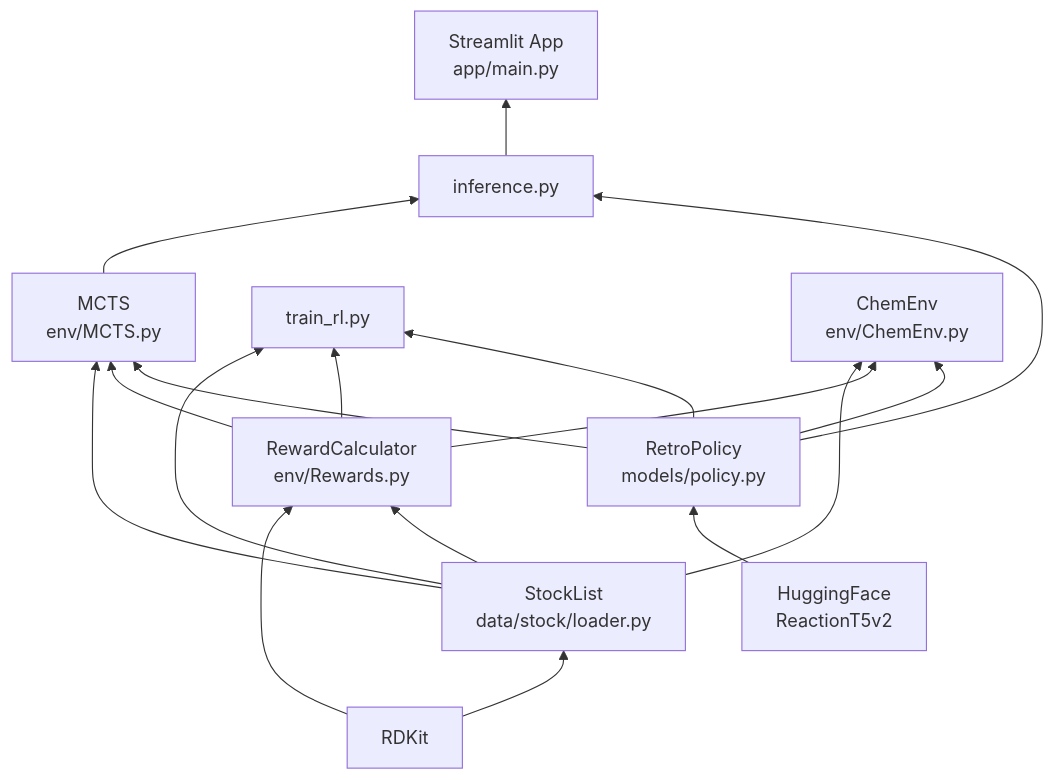
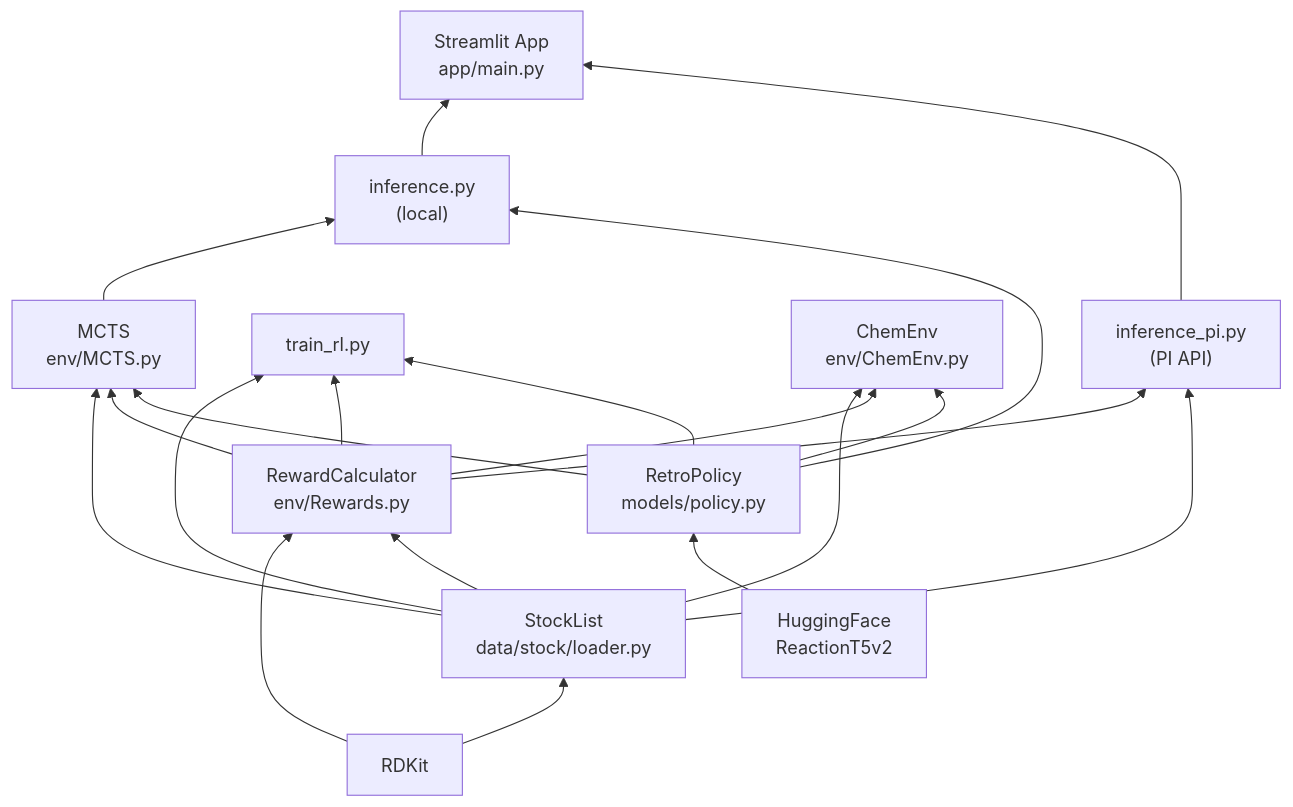
Before and after one commit to Rhoahndur/RL_RetroSynthesis: the sixth of 8 diagrams in ARCHITECTURE.md, drawn with Mermaid. The commit also changed other lines of this file and 7 other files, not shown here.

````diff
--- a/ARCHITECTURE.md
+++ b/ARCHITECTURE.md
@@ -220,24 +222,28 @@
 ```mermaid
 graph BT
     RDKIT["RDKit"] --> STOCK["StockList<br/>data/stock/loader.py"]
     RDKIT --> REWARD["RewardCalculator<br/>env/Rewards.py"]
     HF["HuggingFace<br/>ReactionT5v2"] --> POLICY["RetroPolicy<br/>models/policy.py"]
 
     STOCK --> REWARD
     STOCK --> MCTS["MCTS<br/>env/MCTS.py"]
     STOCK --> TRAIN["train_rl.py"]
     STOCK --> ENV["ChemEnv<br/>env/ChemEnv.py"]
 
     REWARD --> MCTS
     REWARD --> TRAIN
     REWARD --> ENV
 
     POLICY --> MCTS
     POLICY --> TRAIN
     POLICY --> ENV
 
-    MCTS --> INF["inference.py"]
+    MCTS --> INF["inference.py<br/>(local)"]
     POLICY --> INF
 
+    REWARD --> INF_PI["inference_pi.py<br/>(PI API)"]
+    STOCK --> INF_PI
+
     INF --> APP["Streamlit App<br/>app/main.py"]
+    INF_PI --> APP
 ```
````
